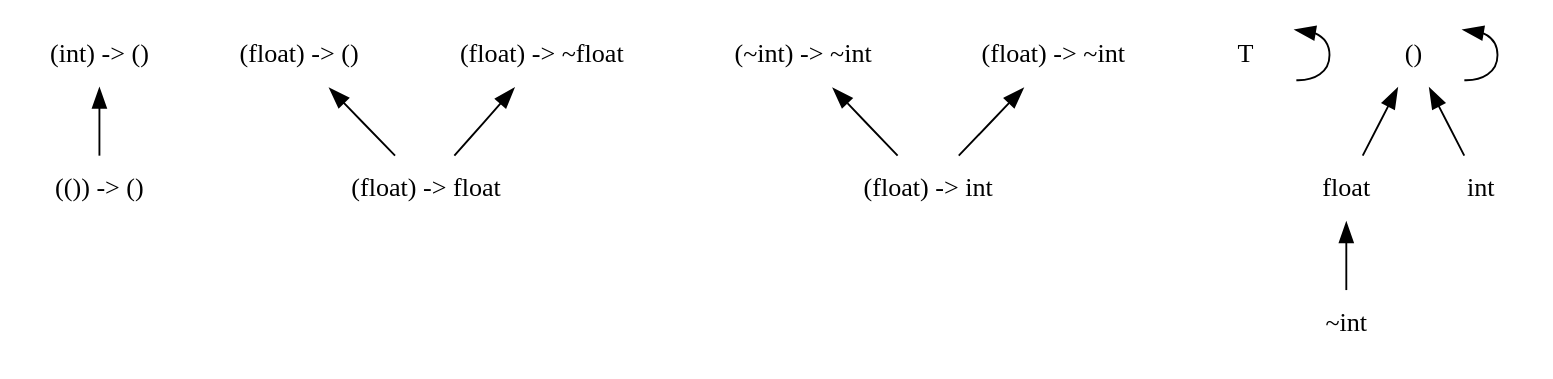
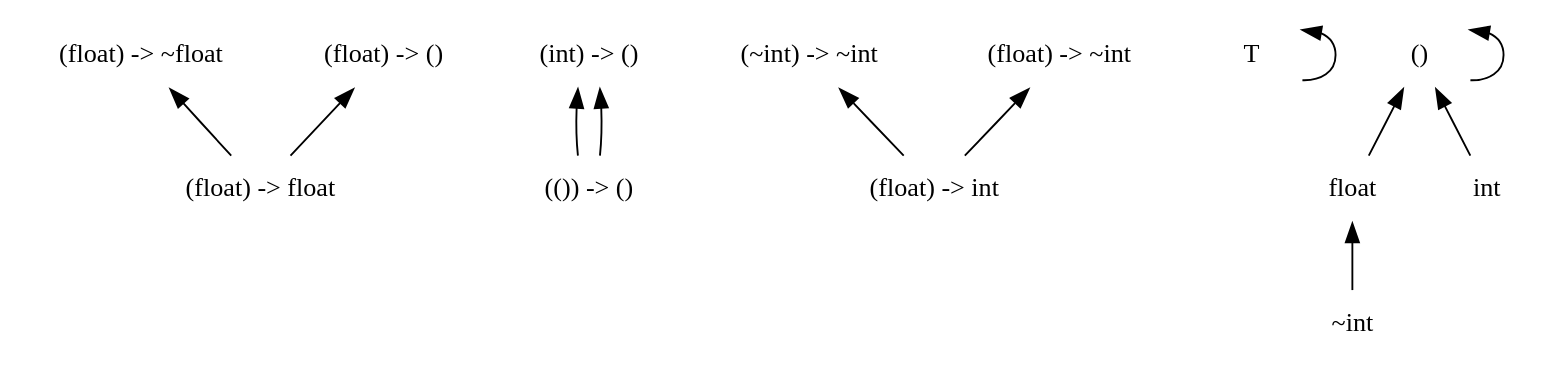
One commit to chocobo333/regino changed the diagram in dots/18.dot. Above: the diagram before and after it, drawn with Graphviz. The commit also changed 39 other files, not shown here.

```diff
--- a/dots/18.dot
+++ b/dots/18.dot
@@ -1,34 +1,35 @@
 digraph order {
   graph [
     size = "30,10"
     ];
   node [
     shape = none
     ];
   edge [
     dir = back
     ];
-  "(()) -> ()"
+  "(float) -> float"
+  "(float) -> ~float"
   "(float) -> ()"
   "(int) -> ()"
   "(~int) -> ~int"
   "(float) -> ~int"
-  "(float) -> ~float"
   "T"
   "()"
   "float"
   "int"
   "~int"
+  "(()) -> ()"
   "(float) -> int"
-  "(float) -> float"
+  "(~int) -> ~int" -> "(float) -> int"
   "(float) -> ~int" -> "(float) -> int"
   "(float) -> ~float" -> "(float) -> float"
   "(float) -> ()" -> "(float) -> float"
   "T" -> "T"
   "float" -> "~int"
   "()" -> "()"
   "()" -> "float"
   "()" -> "int"
   "(int) -> ()" -> "(()) -> ()"
-  "(~int) -> ~int" -> "(float) -> int"
+  "(int) -> ()" -> "(()) -> ()"
 }
```
